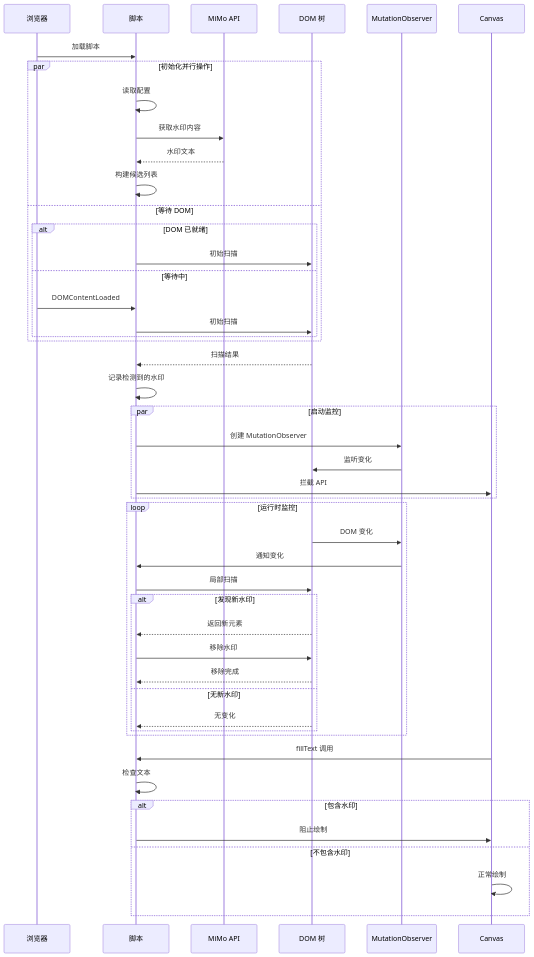
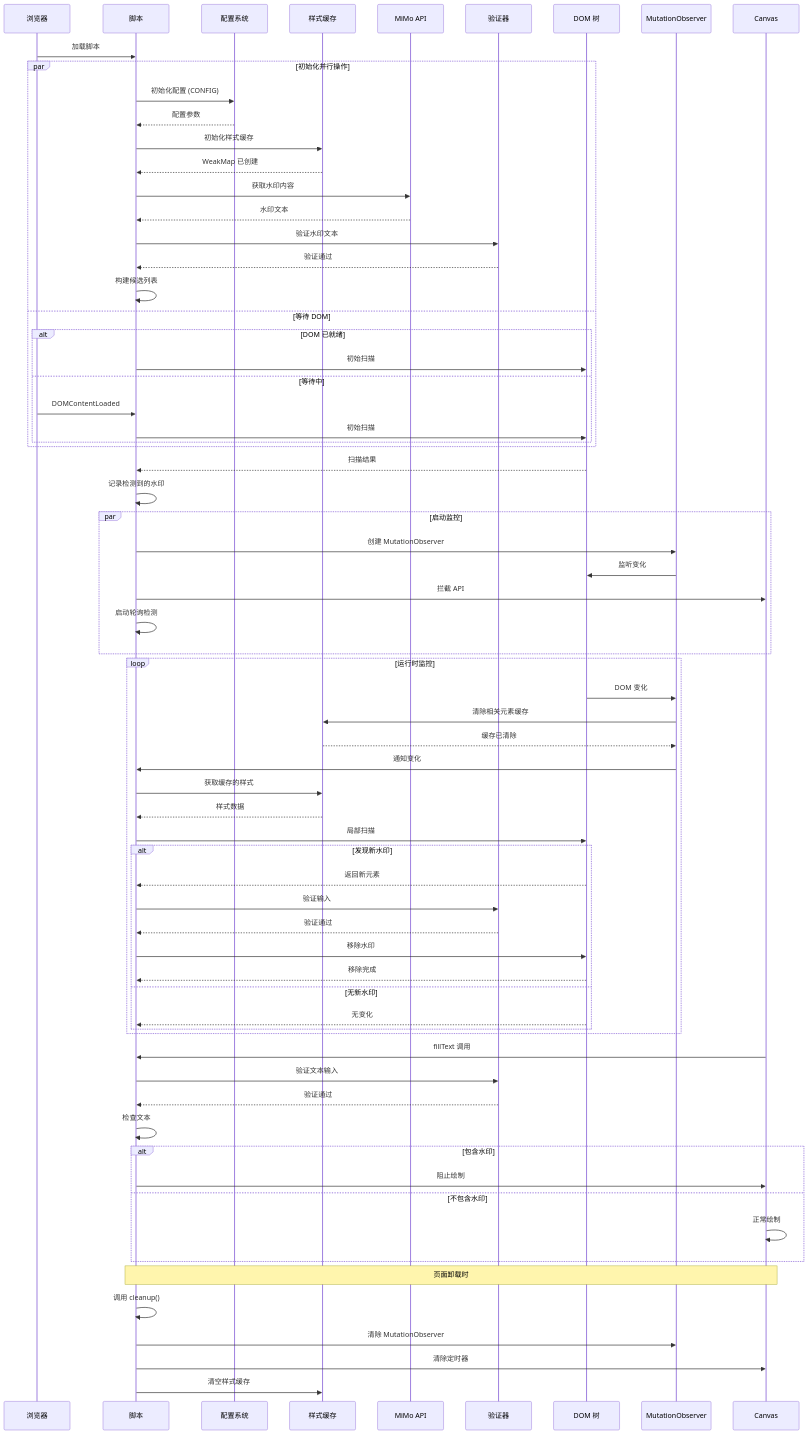
Before and after one commit to wang93wei/Xiaomi-MiMo-Studio-Watermark-Remover: the ninth of 11 diagrams in SEQUENCE_DIAGRAMS.md, drawn with Mermaid. The commit also changed other lines of this file, not shown here.

First line of the commit message:
更新时序图文档到 v1.3.5

````diff
--- a/SEQUENCE_DIAGRAMS.md
+++ b/SEQUENCE_DIAGRAMS.md
@@ -393,56 +512,80 @@
 ```mermaid
 sequenceDiagram
     participant Browser as 浏览器
     participant Script as 脚本
+    participant Config as 配置系统
+    participant StyleCache as 样式缓存
     participant API as MiMo API
+    participant Validator as 验证器
     participant DOM as DOM 树
     participant Observer as MutationObserver
     participant Canvas as Canvas
 
     Browser->>Script: 加载脚本
-    
+
     par 初始化并行操作
-        Script->>Script: 读取配置
+        Script->>Config: 初始化配置 (CONFIG)
+        Config-->>Script: 配置参数
+        Script->>StyleCache: 初始化样式缓存
+        StyleCache-->>Script: WeakMap 已创建
         Script->>API: 获取水印内容
         API-->>Script: 水印文本
+        Script->>Validator: 验证水印文本
+        Validator-->>Script: 验证通过
         Script->>Script: 构建候选列表
     and 等待 DOM
         alt DOM 已就绪
             Script->>DOM: 初始扫描
         else 等待中
             Browser->>Script: DOMContentLoaded
             Script->>DOM: 初始扫描
         end
     end
-    
+
     DOM-->>Script: 扫描结果
     Script->>Script: 记录检测到的水印
-    
+
     par 启动监控
         Script->>Observer: 创建 MutationObserver
         Observer->>DOM: 监听变化
         Script->>Canvas: 拦截 API
+        Script->>Script: 启动轮询检测
     end
-    
+
     loop 运行时监控
         DOM->>Observer: DOM 变化
+        Observer->>StyleCache: 清除相关元素缓存
+        StyleCache-->>Observer: 缓存已清除
         Observer->>Script: 通知变化
+        Script->>StyleCache: 获取缓存的样式
+        StyleCache-->>Script: 样式数据
         Script->>DOM: 局部扫描
-        
+
         alt 发现新水印
             DOM-->>Script: 返回新元素
+            Script->>Validator: 验证输入
+            Validator-->>Script: 验证通过
             Script->>DOM: 移除水印
             DOM-->>Script: 移除完成
         else 无新水印
             DOM-->>Script: 无变化
         end
     end
-    
+
     Canvas->>Script: fillText 调用
+    Script->>Validator: 验证文本输入
+    Validator-->>Script: 验证通过
     Script->>Script: 检查文本
+
     alt 包含水印
         Script->>Canvas: 阻止绘制
     else 不包含水印
         Canvas->>Canvas: 正常绘制
     end
+
+    Note over Script,Canvas: 页面卸载时
+    Script->>Script: 调用 cleanup()
+    Script->>Observer: 清除 MutationObserver
+    Script->>Canvas: 清除定时器
+    Script->>StyleCache: 清空样式缓存
 ```
````
